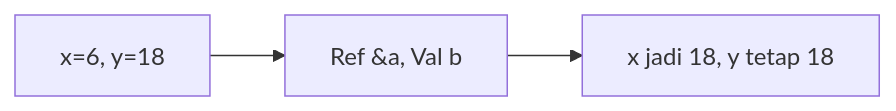
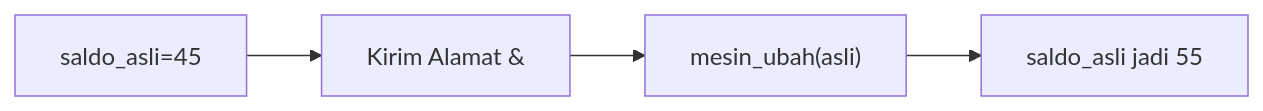
One commit to amnahwaida/OSNK_INF_PREP changed the second of 25 diagrams in part-c-pemahaman-cpp/04-fungsi/latihan/set-04.md. Above: the diagram before and after it, drawn with Mermaid. The commit also changed other lines of this file and 71 other files, not shown here.

````diff
--- a/part-c-pemahaman-cpp/04-fungsi/latihan/set-04.md
+++ b/part-c-pemahaman-cpp/04-fungsi/latihan/set-04.md
@@ -48,5 +49,6 @@
 ```mermaid
 graph LR
-A["x=6, y=18"] --> B["Ref &a, Val b"]
-B --> C["x jadi 18, y tetap 18"]
+A["saldo_asli=45"] --> B["Kirim Alamat &"]
+B --> C["mesin_ubah(asli)"]
+C --> D["saldo_asli jadi 55"]
 ```
````
